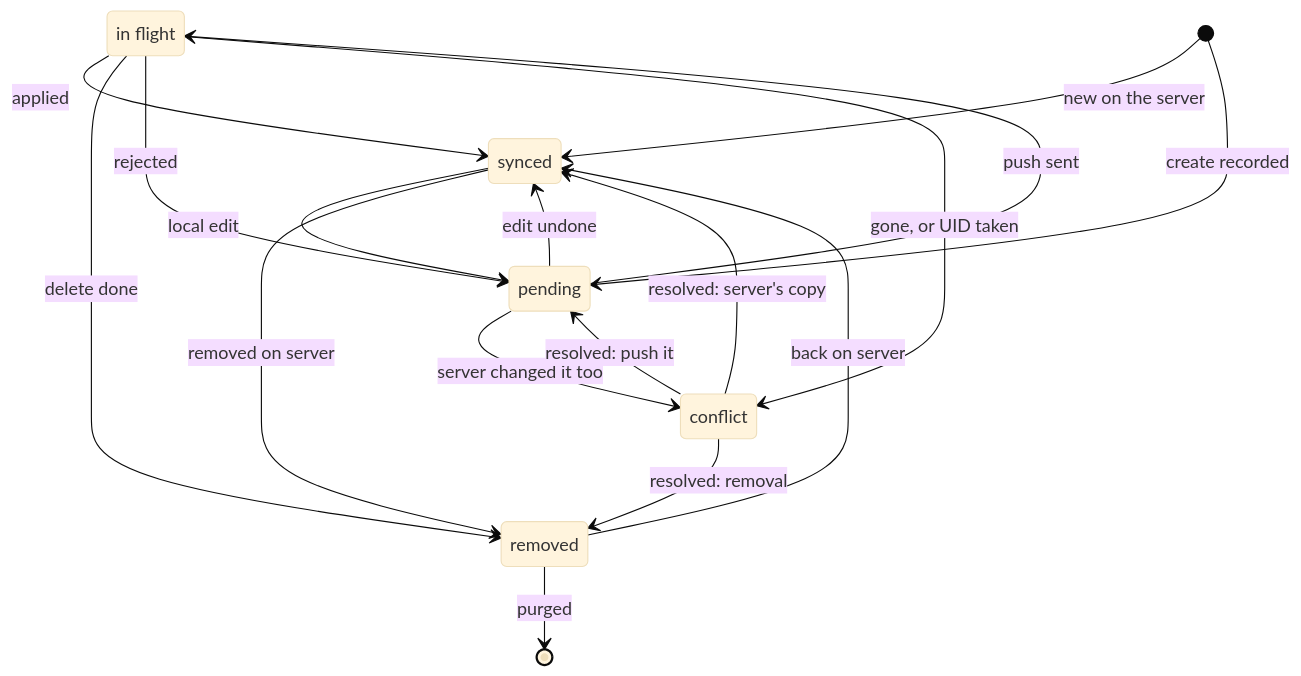
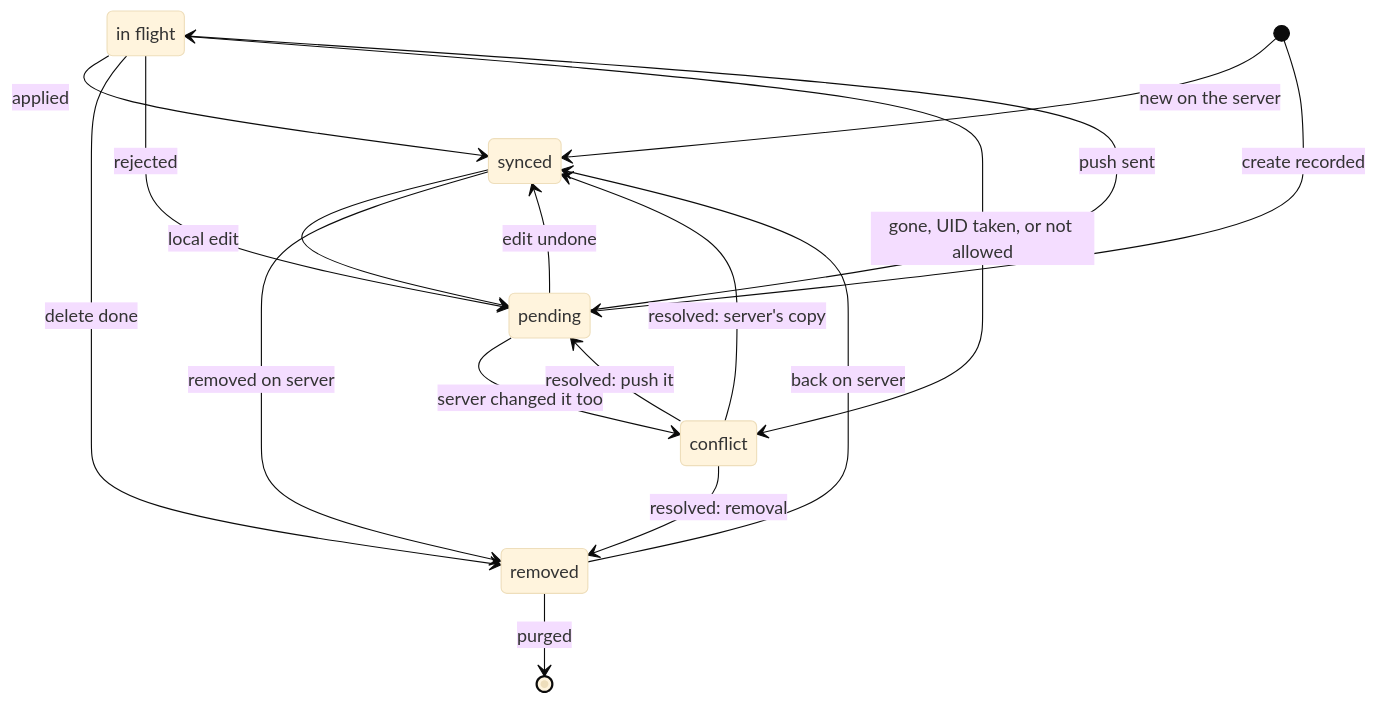
The third of 3 diagrams in docs/explanation/design.rst (PyCalendar/calendaring-sync), drawn with Mermaid (base theme) before and after one commit. The commit also changed other lines of this file and 34 other files, not shown here.

```diff
--- a/docs/explanation/design.rst
+++ b/docs/explanation/design.rst
@@ -166,22 +166,22 @@
 .. mermaid::
 
    stateDiagram-v2
        accTitle: Object states
        accDescr: The main ways a record moves between synced, pending, in flight, conflict, and removed.
        state "in flight" as in_flight
        [*] --> synced: new on the server
        [*] --> pending: create recorded
        synced --> pending: local edit
        synced --> removed: removed on server
        removed --> synced: back on server
        pending --> synced: edit undone
        pending --> in_flight: push sent
        pending --> conflict: server changed it too
        in_flight --> synced: applied
        in_flight --> removed: delete done
        in_flight --> pending: rejected
-       in_flight --> conflict: gone, or UID taken
+       in_flight --> conflict: gone, UID taken, or not allowed
        conflict --> synced: resolved: server's copy
        conflict --> pending: resolved: push it
        conflict --> removed: resolved: removal
        removed --> [*]: purged
```
